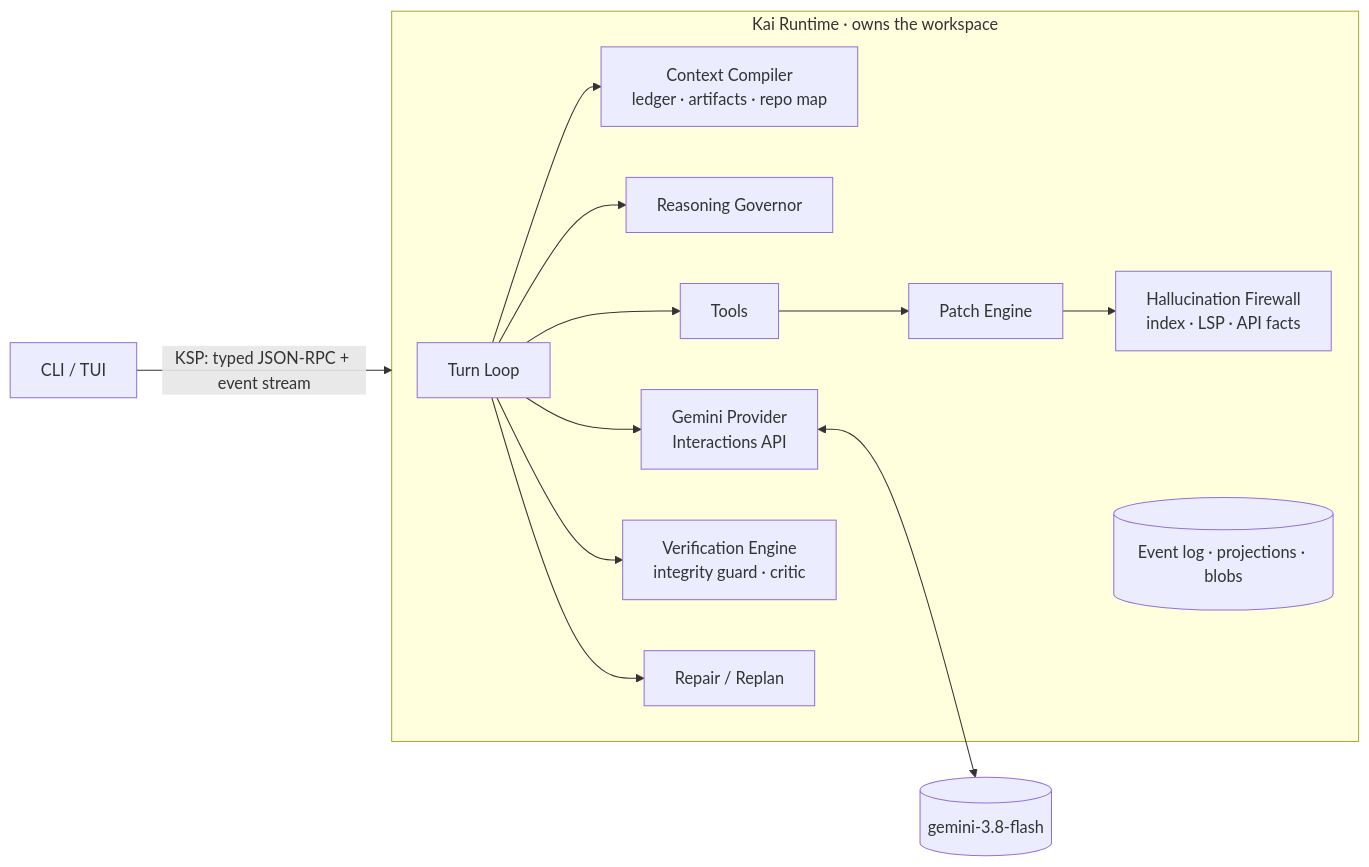
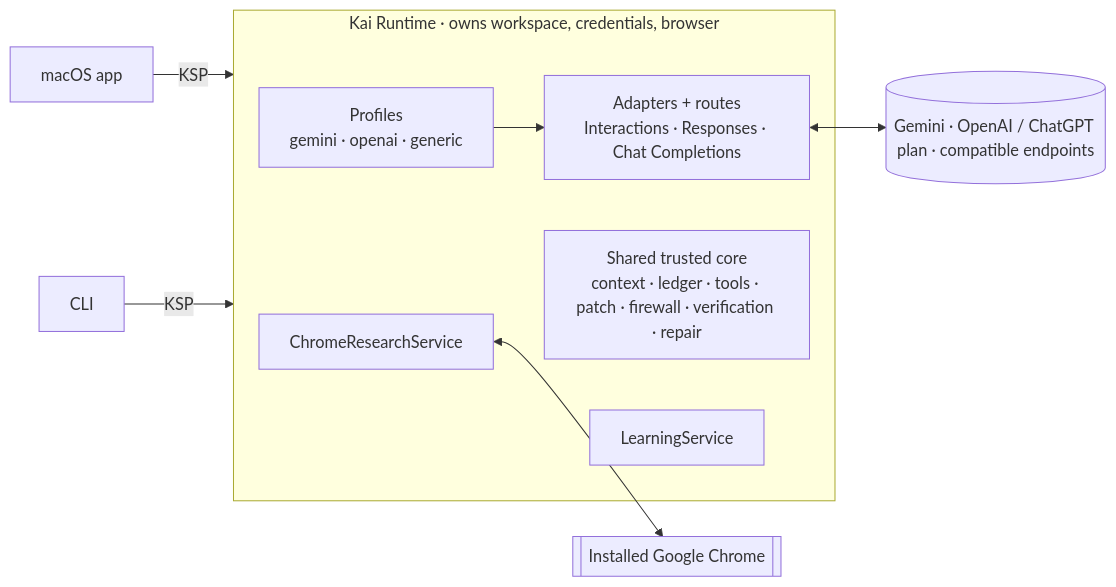
Before and after one commit to Kai-0501/kai-agent-2.0: the diagram in README.md, drawn with Mermaid. The commit also changed other lines of this file and 83 other files, not shown here.

First line of the commit message:
architecture: R1 release extension (macOS app, three routes, learning, Chrome research)

````diff
--- a/README.md
+++ b/README.md
@@ -59,15 +63,13 @@
 ```mermaid
 flowchart LR
-  cli[CLI / TUI] -->|KSP: typed JSON-RPC + event stream| rt
-  subgraph rt[Kai Runtime · owns the workspace]
-    loop[Turn Loop] --> cc[Context Compiler<br/>ledger · artifacts · repo map]
-    loop --> gov[Reasoning Governor]
-    loop --> prov[Gemini Provider<br/>Interactions API]
-    loop --> tools[Tools]
-    tools --> patch[Patch Engine] --> fw[Hallucination Firewall<br/>index · LSP · API facts]
-    loop --> ver[Verification Engine<br/>integrity guard · critic]
-    loop --> rep[Repair / Replan]
-    store[(Event log · projections · blobs)]
+  app[macOS app] -->|KSP| rt
+  cli[CLI] -->|KSP| rt
+  subgraph rt[Kai Runtime · owns workspace, credentials, browser]
+    prof[Profiles<br/>gemini · openai · generic] --> ad[Adapters + routes<br/>Interactions · Responses · Chat Completions]
+    core[Shared trusted core<br/>context · ledger · tools · patch · firewall · verification · repair]
+    learn[LearningService]
+    res[ChromeResearchService]
   end
-  prov <--> gem[(gemini-3.8-flash)]
+  ad <--> models[(Gemini · OpenAI / ChatGPT plan · compatible endpoints)]
+  res <--> chrome[[Installed Google Chrome]]
 ```
````
